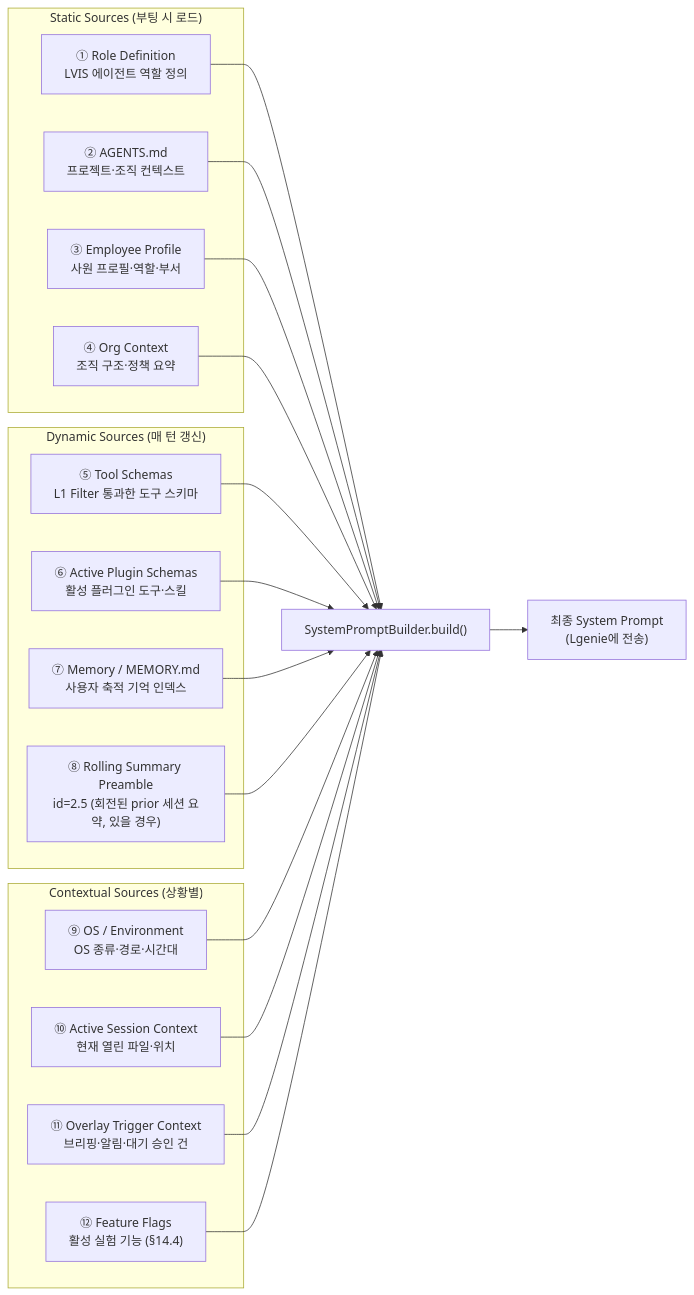
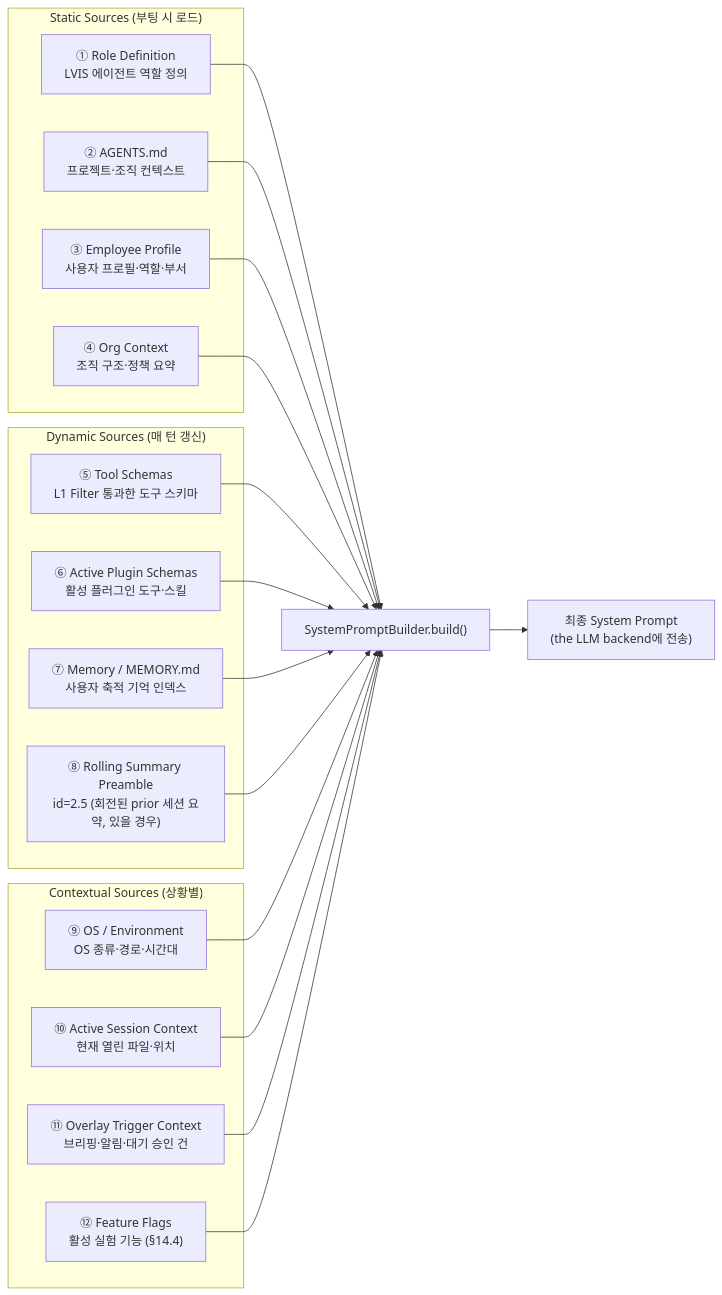
Before and after one commit to lvis-project/lvis-app: diagram 14 of 44 in docs/architecture/architecture.md, drawn with Mermaid. The commit also changed other lines of this file and 86 other files, not shown here.

````diff
--- a/docs/architecture/architecture.md
+++ b/docs/architecture/architecture.md
@@ -995,38 +995,38 @@
 ```mermaid
 flowchart LR
     subgraph "Static Sources (부팅 시 로드)"
         S1["① Role Definition<br/>LVIS 에이전트 역할 정의"]
         S2["② AGENTS.md<br/>프로젝트·조직 컨텍스트"]
-        S3["③ Employee Profile<br/>사원 프로필·역할·부서"]
+        S3["③ Employee Profile<br/>사용자 프로필·역할·부서"]
         S4["④ Org Context<br/>조직 구조·정책 요약"]
     end
 
     subgraph "Dynamic Sources (매 턴 갱신)"
         S5["⑤ Tool Schemas<br/>L1 Filter 통과한 도구 스키마"]
         S6["⑥ Active Plugin Schemas<br/>활성 플러그인 도구·스킬"]
         S7["⑦ Memory / MEMORY.md<br/>사용자 축적 기억 인덱스"]
         S8["⑧ Rolling Summary Preamble<br/>id=2.5 (회전된 prior 세션 요약, 있을 경우)"]
     end
 
     subgraph "Contextual Sources (상황별)"
         S9["⑨ OS / Environment<br/>OS 종류·경로·시간대"]
         S10["⑩ Active Session Context<br/>현재 열린 파일·위치"]
         S11["⑪ Overlay Trigger Context<br/>브리핑·알림·대기 승인 건"]
         S12["⑫ Feature Flags<br/>활성 실험 기능 (§14.4)"]
     end
 
     S1 --> BUILD["SystemPromptBuilder.build()"]
     S2 --> BUILD
     S3 --> BUILD
     S4 --> BUILD
     S5 --> BUILD
     S6 --> BUILD
     S7 --> BUILD
     S8 --> BUILD
     S9 --> BUILD
     S10 --> BUILD
     S11 --> BUILD
     S12 --> BUILD
 
-    BUILD --> PROMPT["최종 System Prompt<br/>(Lgenie에 전송)"]
+    BUILD --> PROMPT["최종 System Prompt<br/>(the LLM backend에 전송)"]
 ```
````
